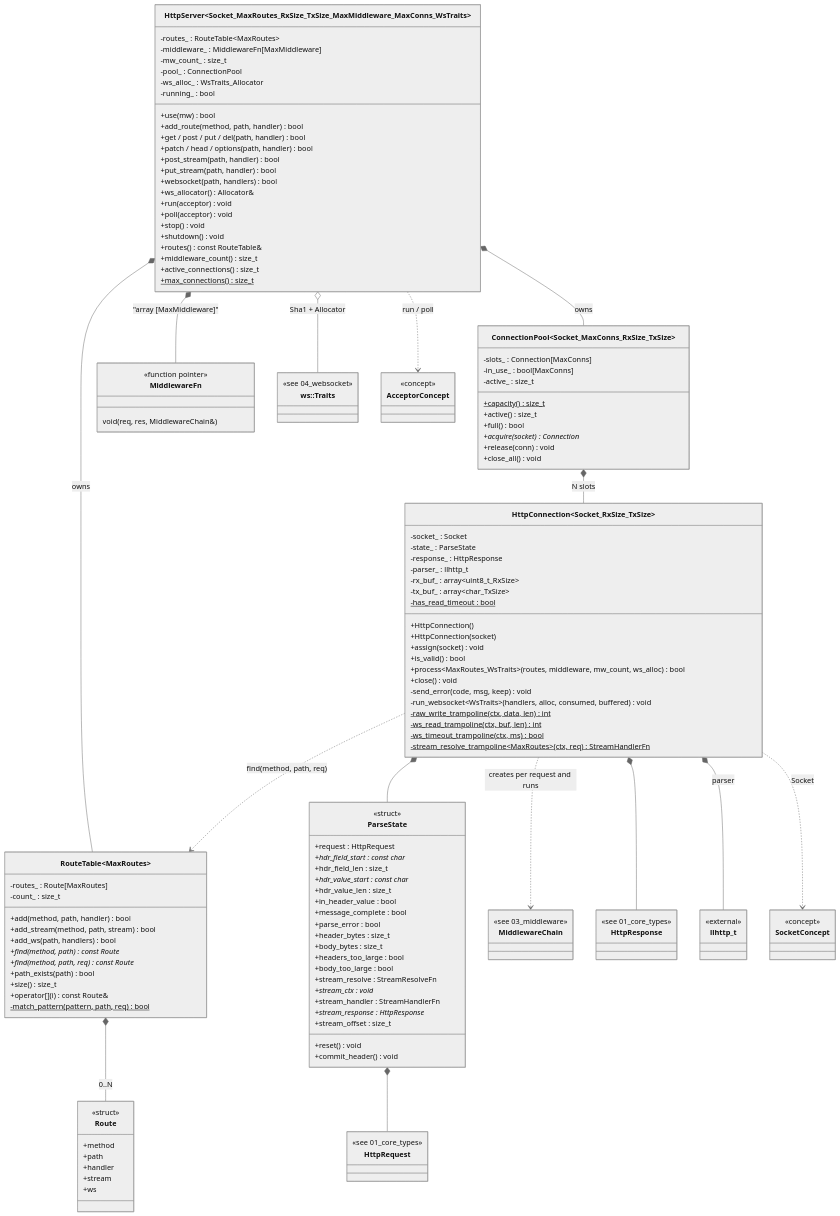
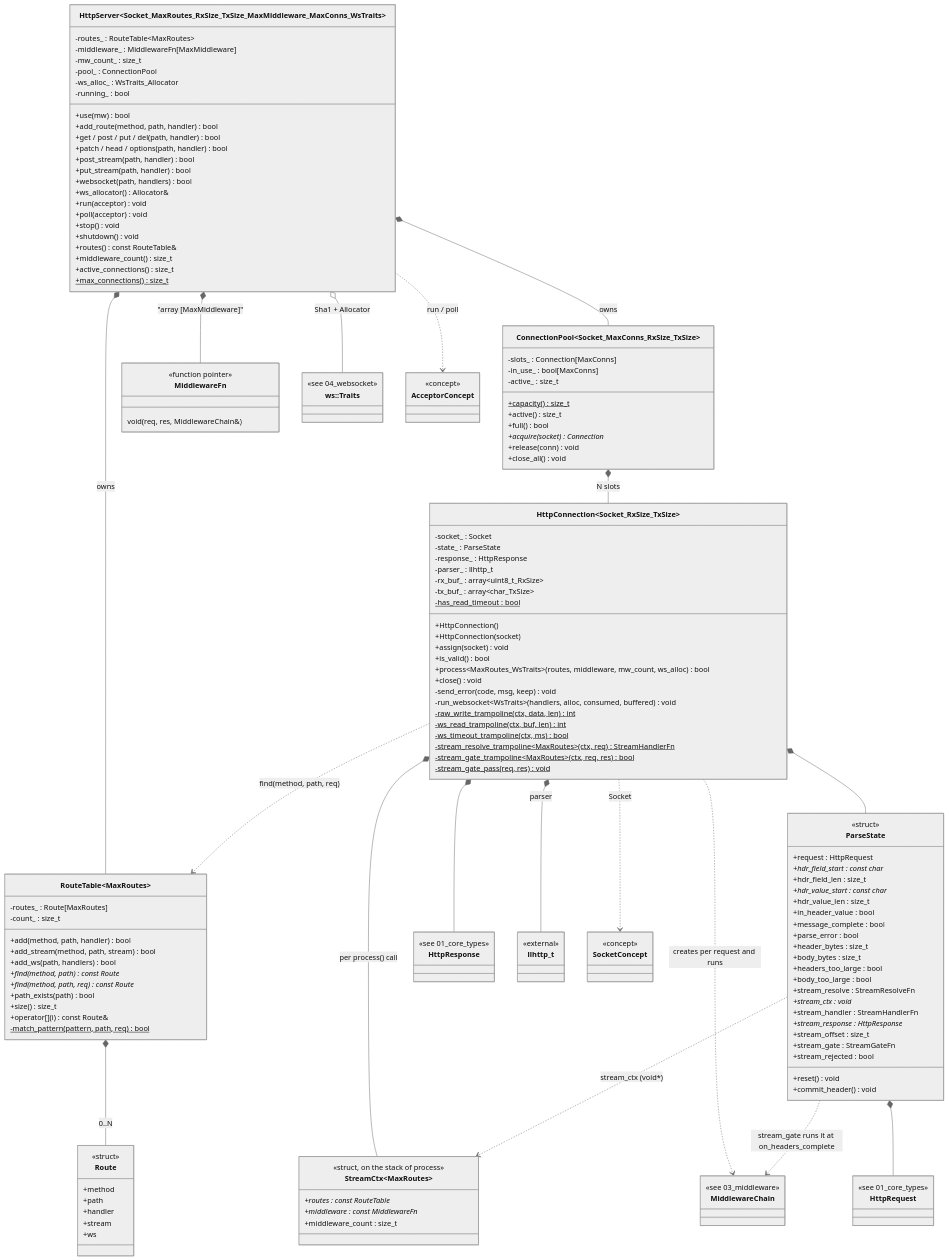
The diagram in docs/architecture/class_diagrams/02_engine.md (cmanista/uchttp), drawn with Mermaid (neutral theme) before and after one commit. The commit also changed other lines of this file and 12 other files, not shown here.

````diff
--- a/docs/architecture/class_diagrams/02_engine.md
+++ b/docs/architecture/class_diagrams/02_engine.md
@@ -46,6 +46,8 @@
         +stream_handler : StreamHandlerFn
         +stream_response : HttpResponse*
         +stream_offset : size_t
+        +stream_gate : StreamGateFn
+        +stream_rejected : bool
         +reset() void
         +commit_header() void
     }
@@ -69,7 +71,16 @@
         -ws_read_trampoline(ctx, buf, len) int$
         -ws_timeout_trampoline(ctx, ms) bool$
         -stream_resolve_trampoline~MaxRoutes~(ctx, req) StreamHandlerFn$
+        -stream_gate_trampoline~MaxRoutes~(ctx, req, res) bool$
+        -stream_gate_pass(req, res) void$
         -has_read_timeout : bool$
+    }
+
+    class StreamCtx~MaxRoutes~ {
+        <<struct, on the stack of process>>
+        +routes : const RouteTable*
+        +middleware : const MiddlewareFn*
+        +middleware_count : size_t
     }
 
     class ConnectionPool~Socket_MaxConns_RxSize_TxSize~ {
@@ -147,6 +158,9 @@
     HttpConnection ..> SocketConcept : Socket
     HttpConnection ..> RouteTable : find(method, path, req)
     HttpConnection ..> MiddlewareChain : creates per request and runs
+    HttpConnection *-- StreamCtx : per process() call
+    ParseState ..> StreamCtx : stream_ctx (void*)
+    ParseState ..> MiddlewareChain : stream_gate runs it at on_headers_complete
     ParseState *-- HttpRequest
     RouteTable *-- Route : 0..N
 ```
````
